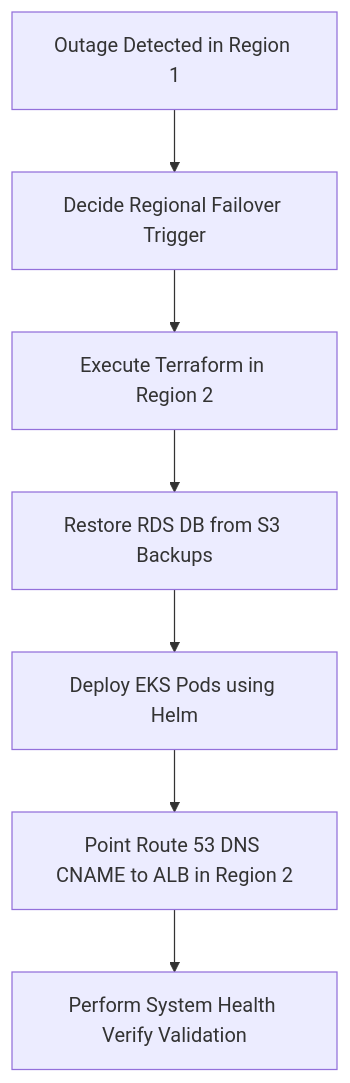
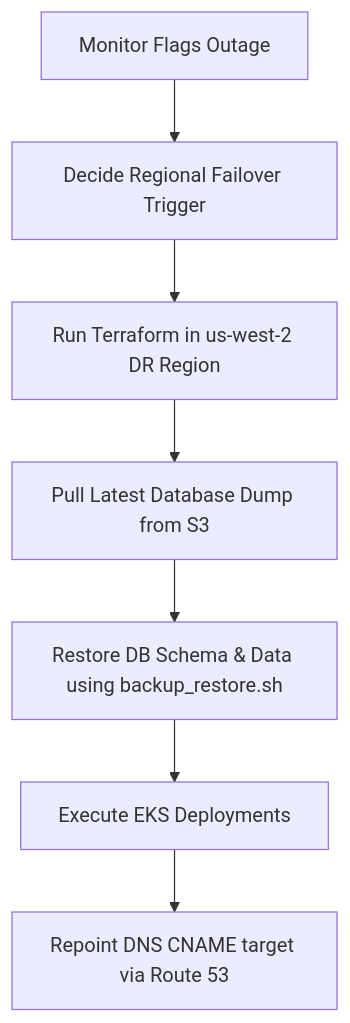
Before and after one commit to Ashurai84/AquaGuard-Smart-Water-Infrastructure-Monitoring: the diagram in devops/disaster-recovery/disaster_recovery_plan.md, drawn with Mermaid. The commit also changed other lines of this file and 12 other files, not shown here.

Commit message:
feat: add configmap, secret, postgres/prometheus/grafana deployments to K8s, providers.tf to Terraform, ELK configs, and Jenkins setup guides

````diff
--- a/devops/disaster-recovery/disaster_recovery_plan.md
+++ b/devops/disaster-recovery/disaster_recovery_plan.md
@@ -40,9 +34,9 @@
 ```mermaid
 graph TD
-    A[Outage Detected in Region 1] --> B[Decide Regional Failover Trigger]
-    B --> C[Execute Terraform in Region 2]
-    C --> D[Restore RDS DB from S3 Backups]
-    D --> E[Deploy EKS Pods using Helm]
-    E --> F[Point Route 53 DNS CNAME to ALB in Region 2]
-    F --> G[Perform System Health Verify Validation]
+    A[Monitor Flags Outage] --> B[Decide Regional Failover Trigger]
+    B --> C[Run Terraform in us-west-2 DR Region]
+    C --> D[Pull Latest Database Dump from S3]
+    D --> E[Restore DB Schema & Data using backup_restore.sh]
+    E --> F[Execute EKS Deployments]
+    F --> G[Repoint DNS CNAME target via Route 53]
 ```
````
